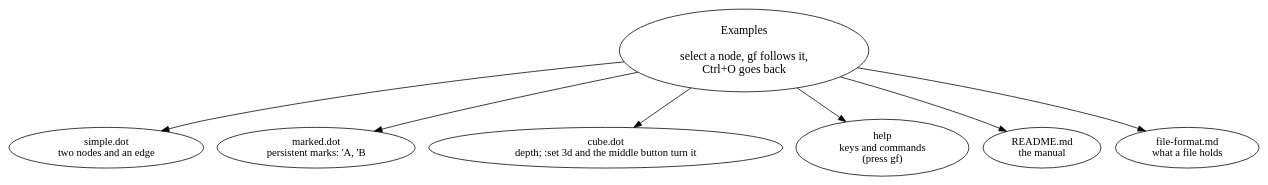
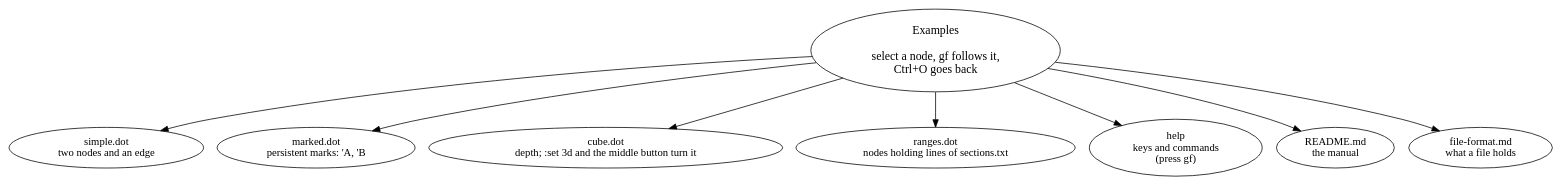
The diagram in examples/index.dot (kareltucek/sane-graph-edit), drawn with Graphviz before and after one commit. The commit also changed 4 other files, not shown here.

First line of the commit message:
Ranges: the range example sits beside the others, the index leads to it and it back; .txt examples are carried too

```diff
--- a/examples/index.dot
+++ b/examples/index.dot
@@ -1,16 +1,18 @@
 digraph examples {
   // the way around the examples and the documentation: select a node and press gf, Ctrl+O goes back
   index [label="Examples\n\nselect a node, gf follows it,\nCtrl+O goes back"; pos="0,0!"; fontsize="15.6"];
   simple [label="simple.dot\ntwo nodes and an edge"; pos="-300,150!"; link="simple.dot"; fillcolor="#F6EFC4"];
   marked [label="marked.dot\npersistent marks: 'A, 'B"; pos="0,150!"; link="marked.dot"; fillcolor="#F6EFC4"];
   cube [label="cube.dot\ndepth; :set 3d and the middle button turn it"; pos="350,150!"; link="cube.dot"; fillcolor="#F6EFC4"];
+  ranges [label="ranges.dot\nnodes holding lines of sections.txt"; pos="700,150!"; link="ranges.dot"; fillcolor="#F6EFC4"];
   help [label="help\nkeys and commands\n(press gf)"; pos="-300,-150!"; link="sge:help"; fillcolor="#F6EFC4"];
   readme [label="README.md\nthe manual"; pos="0,-150!"; link="../README.md:1-9999"; fillcolor="#F6EFC4"];
   format [label="file-format.md\nwhat a file holds"; pos="300,-150!"; link="../docs/file-format.md:1-9999"; fillcolor="#F6EFC4"];
   index -> simple;
   index -> marked;
   index -> cube;
+  index -> ranges;
   index -> help;
   index -> readme;
   index -> format;
 }
```
